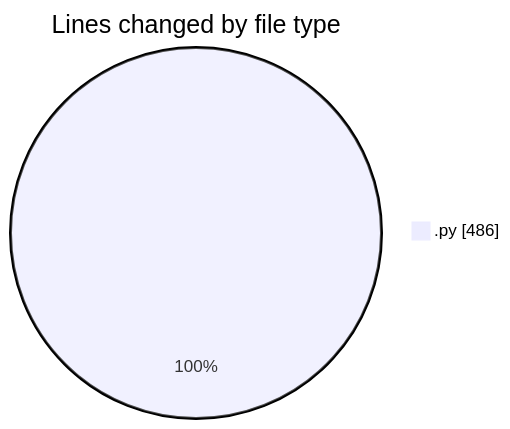
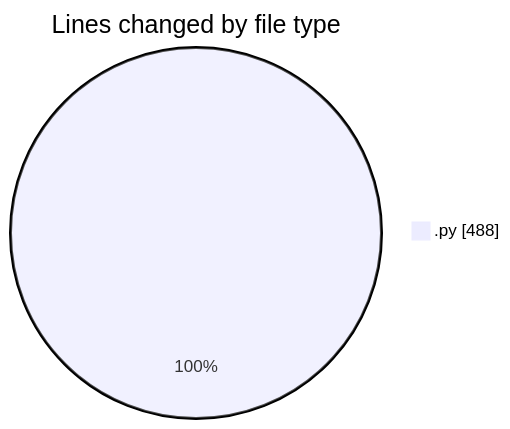
The first of 2 diagrams in 2025-12-22/kartogramy/README.md (MatusMokan/code-tracking), drawn with Mermaid before and after one commit. The commit also changed other lines of this file and 1 other file, not shown here.

````diff
--- a/2025-12-22/kartogramy/README.md
+++ b/2025-12-22/kartogramy/README.md
@@ -20,5 +20,5 @@
 ```mermaid
 pie showData
 title Lines changed by file type
-".py" : 486
+".py" : 488
 ```
````
